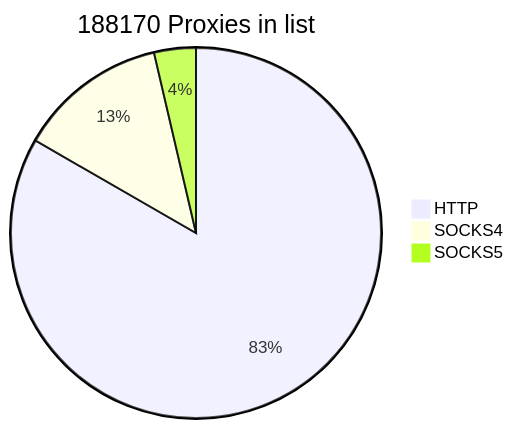
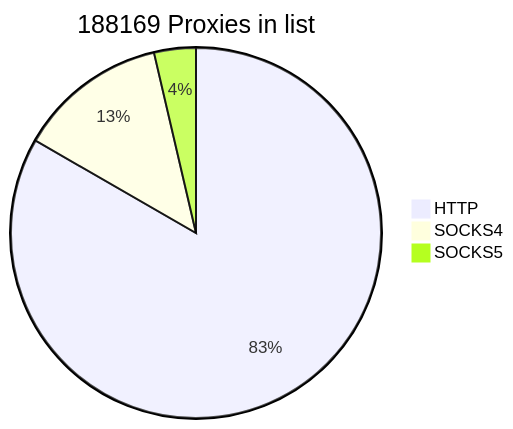
Before and after one commit to cutipu/proxylist: the first of 2 diagrams in README.md, drawn with Mermaid. The commit also changed other lines of this file, not shown here.

````diff
--- a/README.md
+++ b/README.md
@@ -2,7 +2,7 @@
 ```mermaid
-pie title 188170 Proxies in list
+pie title 188169 Proxies in list
     "HTTP" : 156770
     "SOCKS4" : 24541
-    "SOCKS5" : 6859
+    "SOCKS5" : 6858
             
 ```
````
